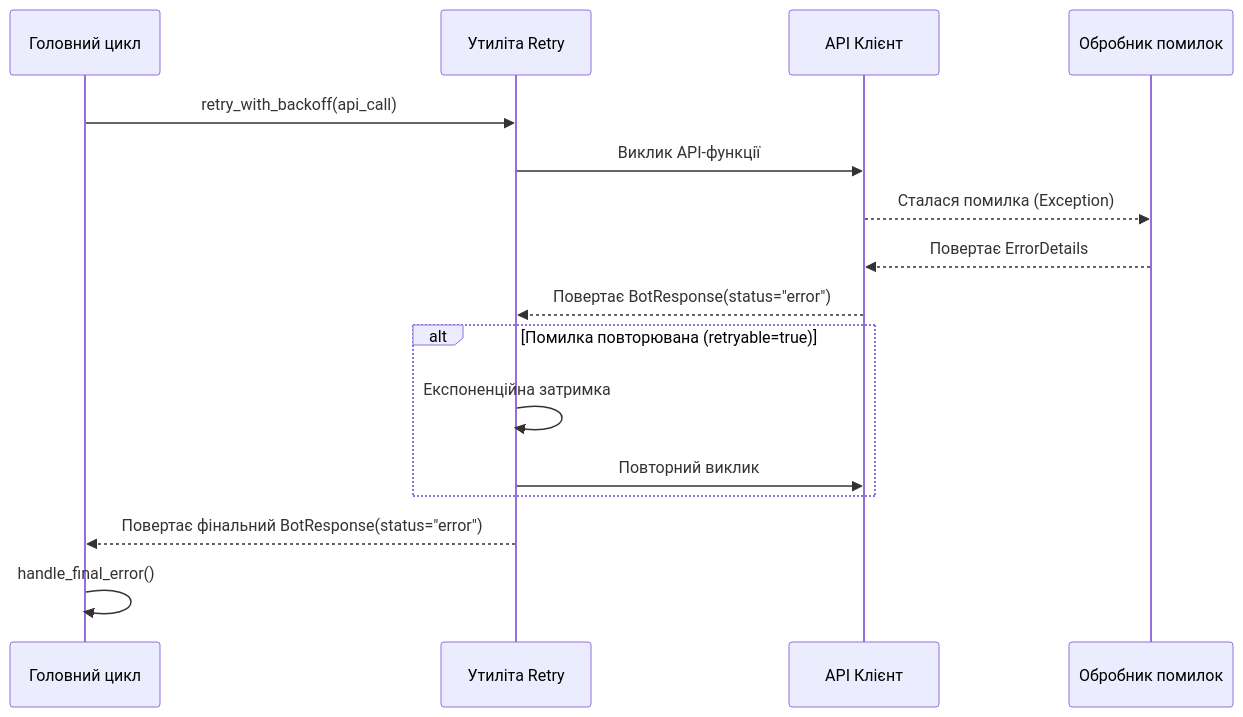
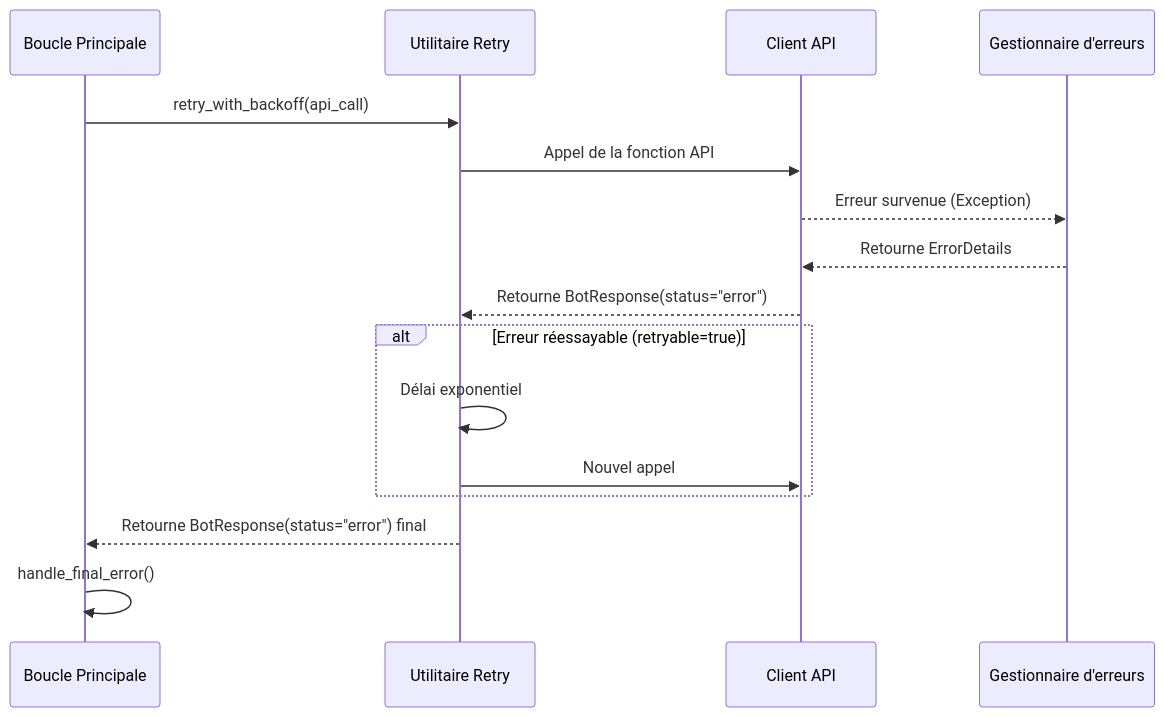
One commit to dturovskiy/Bot_de_Trading_Binance changed the diagram in README.md. Above: the diagram before and after it, drawn with Mermaid. The commit also changed other lines of this file, not shown here.

````diff
--- a/README.md
+++ b/README.md
@@ -147,18 +147,18 @@
 ```mermaid
 sequenceDiagram
-    participant main_bot as Головний цикл
-    participant retry_util as Утиліта Retry
-    participant api_client as API Клієнт
-    participant error_handler as Обробник помилок
-    main_bot->>retry_util: retry_with_backoff(api_call)
-    retry_util->>api_client: Виклик API-функції
-    api_client-->>error_handler: Сталася помилка (Exception)
-    error_handler-->>api_client: Повертає ErrorDetails
-    api_client-->>retry_util: Повертає BotResponse(status="error")
-    alt Помилка повторювана (retryable=true)
-        retry_util->>retry_util: Експоненційна затримка
-        retry_util->>api_client: Повторний виклик
-    end
-    retry_util-->>main_bot: Повертає фінальний BotResponse(status="error")
-    main_bot->>main_bot: handle_final_error()
+    participant main_bot as Boucle Principale
+    participant retry_util as Utilitaire Retry
+    participant api_client as Client API
+    participant error_handler as Gestionnaire d'erreurs
+    main_bot->>retry_util: retry_with_backoff(api_call)
+    retry_util->>api_client: Appel de la fonction API
+    api_client-->>error_handler: Erreur survenue (Exception)
+    error_handler-->>api_client: Retourne ErrorDetails
+    api_client-->>retry_util: Retourne BotResponse(status="error")
+    alt Erreur réessayable (retryable=true)
+        retry_util->>retry_util: Délai exponentiel
+        retry_util->>api_client: Nouvel appel
+    end
+    retry_util-->>main_bot: Retourne BotResponse(status="error") final
+    main_bot->>main_bot: handle_final_error()
 ```
````
